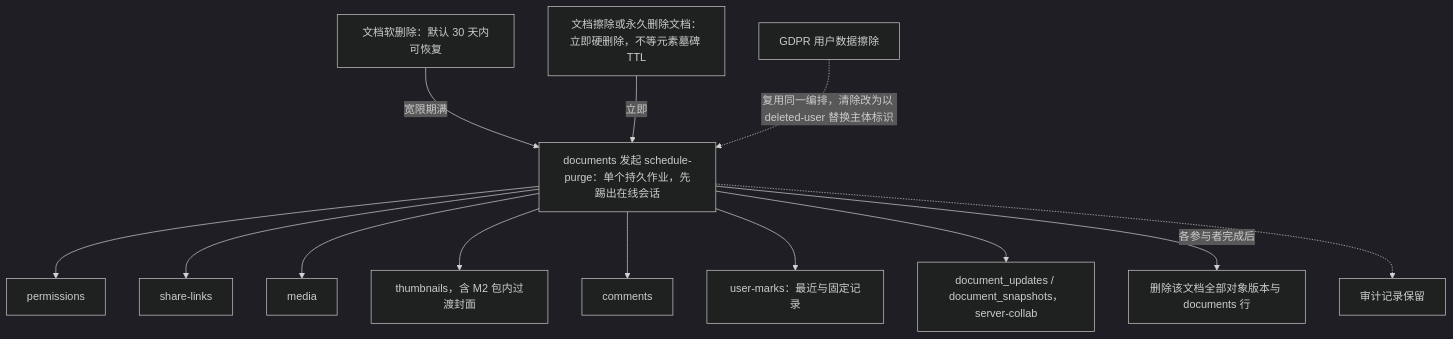
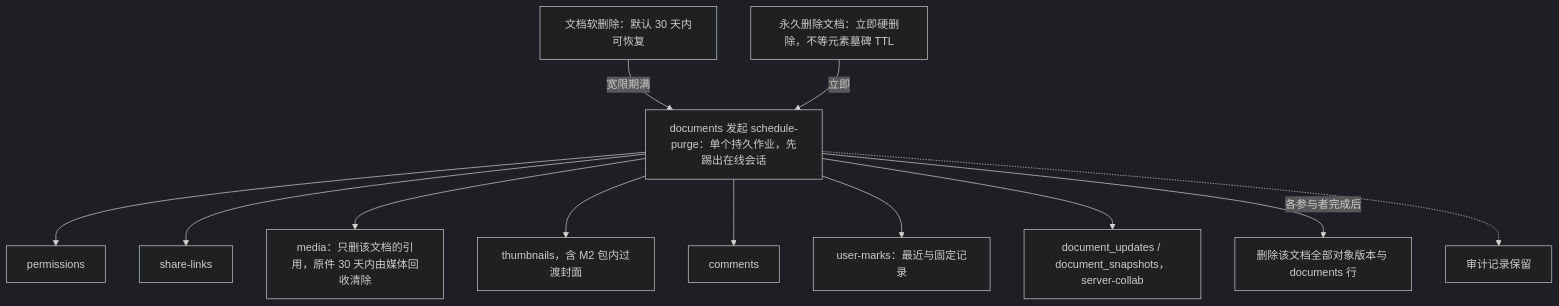
Before and after one commit to Xeonice/cordis-ppt-editor: diagram 13 of 14 in docs/10-prd/03-features/06-server-and-ops.md, drawn with Mermaid (dark theme). The commit also changed other lines of this file and 19 other files, not shown here.

````diff
--- a/docs/10-prd/03-features/06-server-and-ops.md
+++ b/docs/10-prd/03-features/06-server-and-ops.md
@@ -523,28 +537,26 @@
 ```mermaid
 flowchart TB
   soft["文档软删除：默认 30 天内可恢复"]
-  erase["文档擦除或永久删除文档：立即硬删除，不等元素墓碑 TTL"]
-  gdpr["GDPR 用户数据擦除"]
+  erase["永久删除文档：立即硬删除，不等元素墓碑 TTL"]
   purge["documents 发起 schedule-purge：单个持久作业，先踢出在线会话"]
   perms["permissions"]
   links["share-links"]
-  media["media"]
+  media["media：只删该文档的引用，原件 30 天内由媒体回收清除"]
   thumbs["thumbnails，含 M2 包内过渡封面"]
   comments["comments"]
   marks["user-marks：最近与固定记录"]
   collab["document_updates / document_snapshots，server-collab"]
   final["删除该文档全部对象版本与 documents 行"]
   audit["审计记录保留"]
   soft -->|"宽限期满"| purge
   erase -->|"立即"| purge
-  gdpr -.->|"复用同一编排，清除改为以 deleted-user 替换主体标识"| purge
   purge --> perms
   purge --> links
   purge --> media
   purge --> thumbs
   purge --> comments
   purge --> marks
   purge --> collab
   purge -->|"各参与者完成后"| final
   purge -.-> audit
 ```
````
